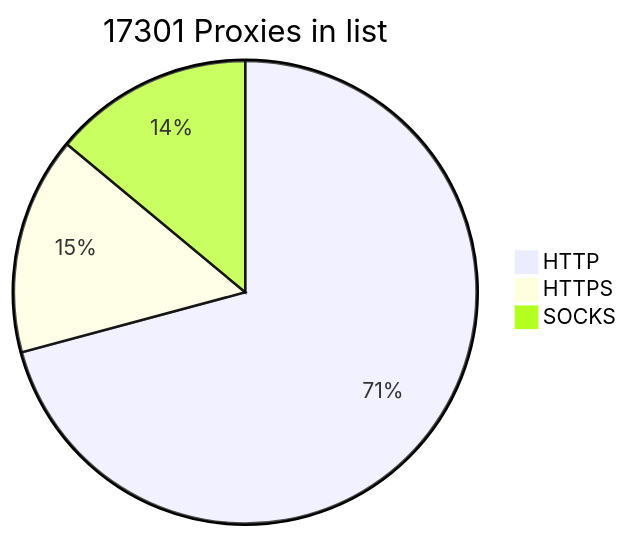
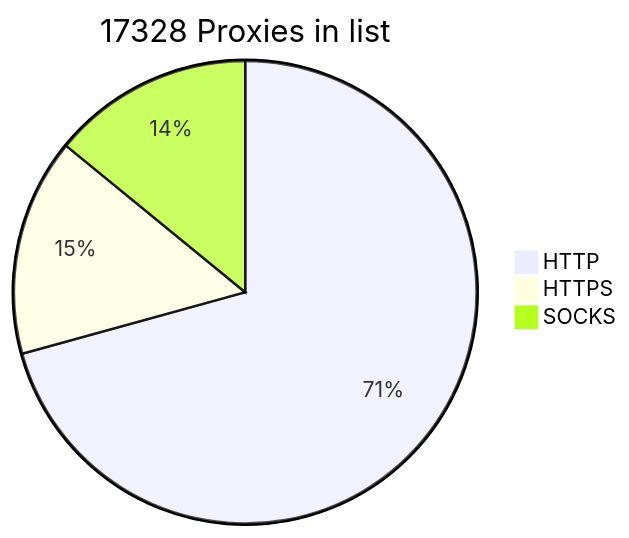
The diagram in README.md (BlackSnowDot/proxylist-update-every-minute), drawn with Mermaid before and after one commit. The commit also changed other lines of this file, not shown here.

````diff
--- a/README.md
+++ b/README.md
@@ -2,6 +2,6 @@
 ```mermaid
-pie title 17301 Proxies in list
+pie title 17328 Proxies in list
     "HTTP" : 13143
     "HTTPS": 2823
-    "SOCKS" : 2592
+    "SOCKS" : 2619
 ```
````
